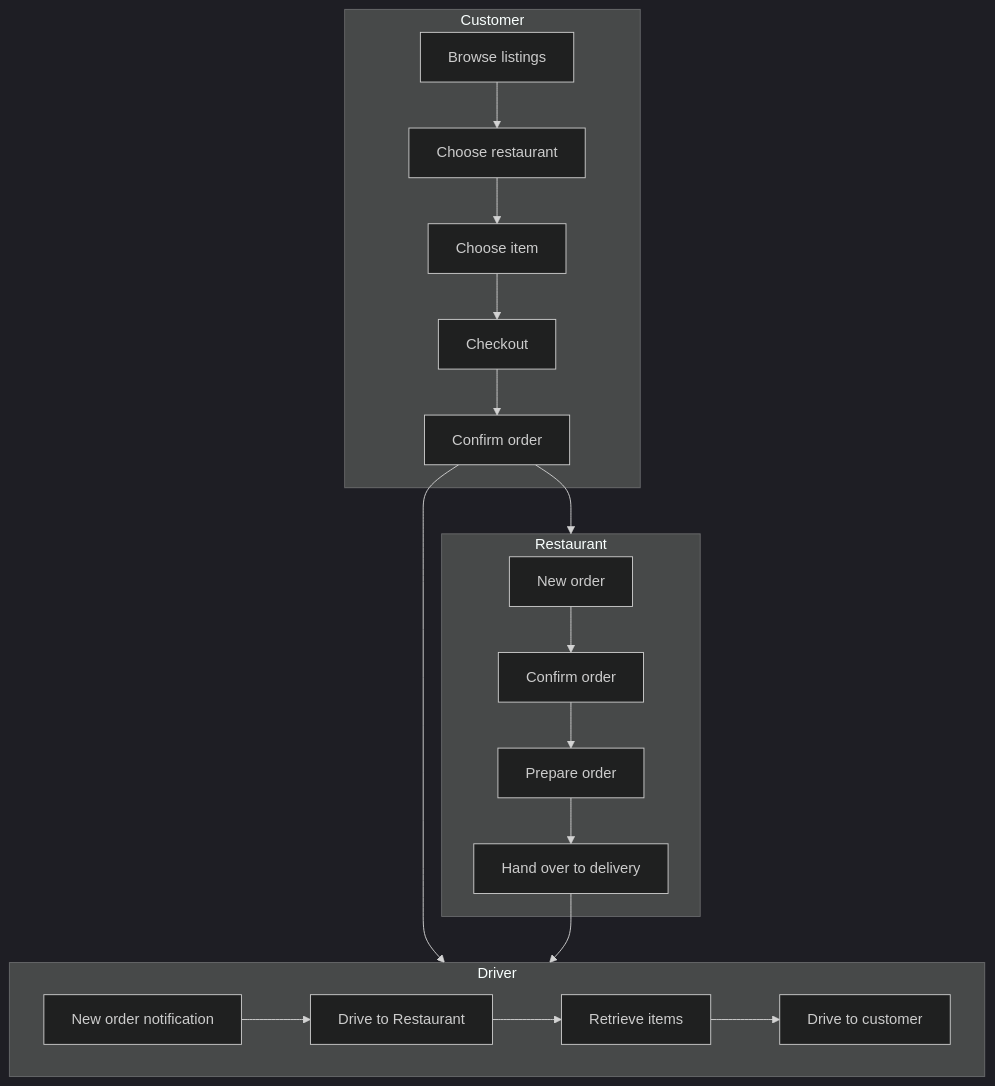
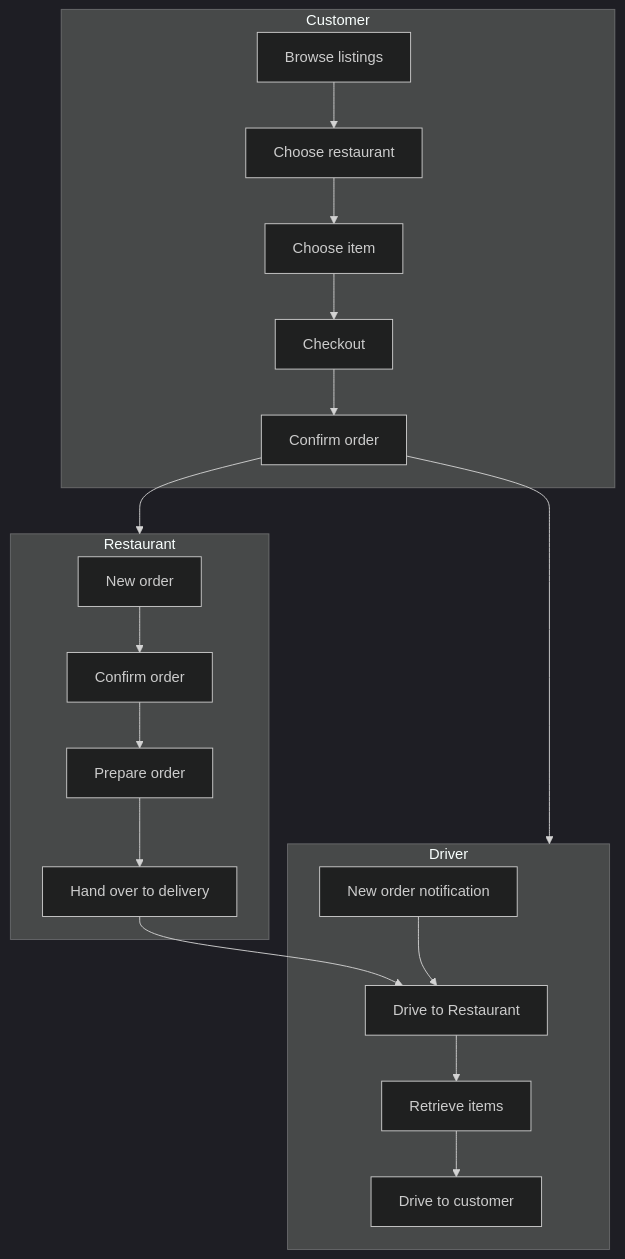
Before and after one commit to martin-juul/snatch: the second of 2 diagrams in packages/app/docs/src/overview/README.md, drawn with Mermaid (dark theme). The commit also changed other lines of this file, not shown here.

Commit message:
docs(diagrams): remade application diagram & fixed flowchart

````diff
--- a/packages/app/docs/src/overview/README.md
+++ b/packages/app/docs/src/overview/README.md
@@ -21,25 +42,25 @@
 ```mermaid
 flowchart TD
     subgraph Customer
     A1[Browse listings] -->B1[Choose restaurant]
         B1 -->C1[Choose item]
         C1 -->D1[Checkout]
         D1 -->E1[Confirm order]
     end
 
     E1 -->Restaurant
     E1 -->Driver
 
     subgraph Restaurant
         A2[New order] -->B2[Confirm order]
         B2 -->C2[Prepare order]
         C2 -->D2[Hand over to delivery]
     end
-    D2 -->Driver
+    D2 -->B3
 
     subgraph Driver
         A3[New order notification] -->B3[Drive to Restaurant]
         B3 -->C3[Retrieve items]
         C3 -->D3[Drive to customer]
     end
 ```
````
